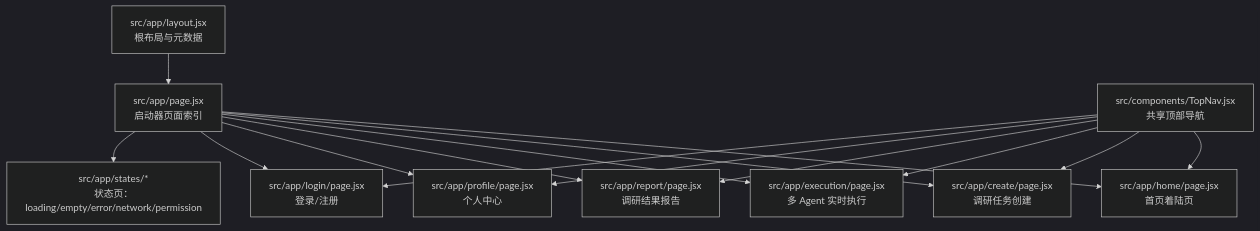
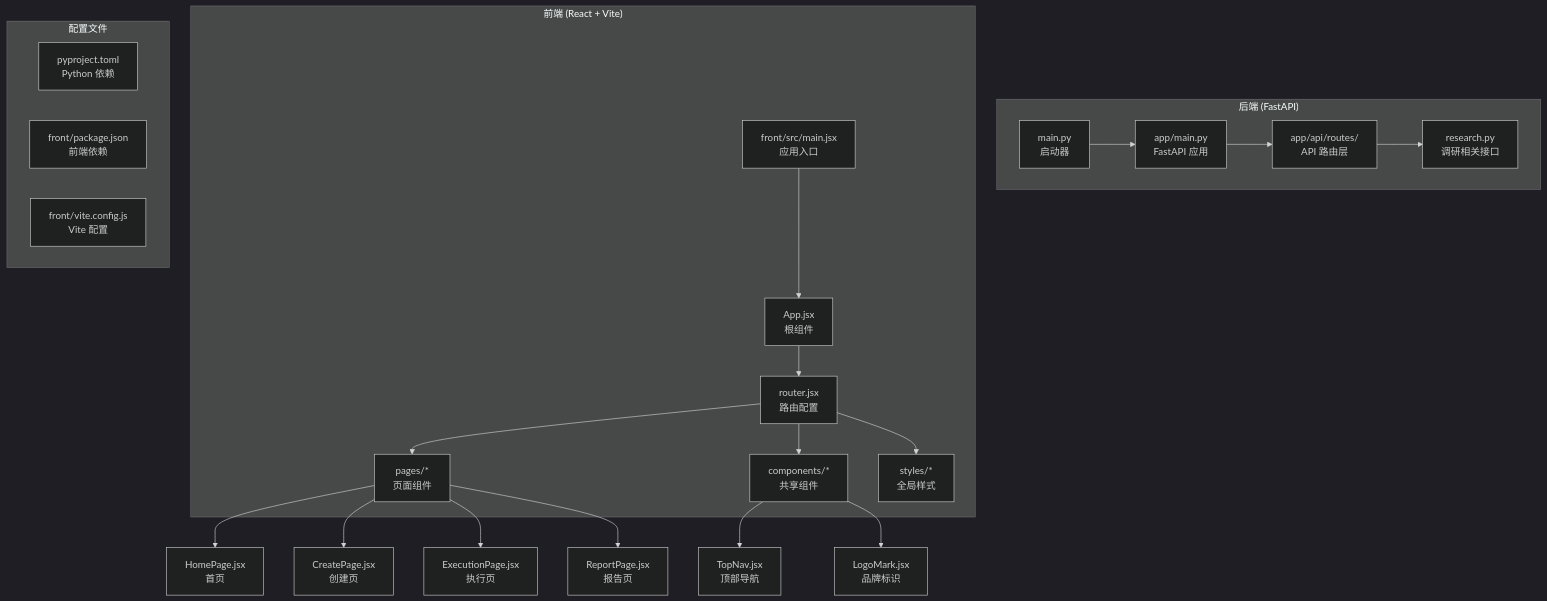
One commit to marvin9551/InsightMesh changed the first of 7 diagrams in .qoder/repowiki/zh/content/项目概述.md. Above: the diagram before and after it, drawn with Mermaid (dark theme). The commit also changed other lines of this file and 10 other files, not shown here.

````diff
--- a/.qoder/repowiki/zh/content/项目概述.md
+++ b/.qoder/repowiki/zh/content/项目概述.md
@@ -47,17 +53,26 @@
 ```mermaid
 graph TB
-A["src/app/layout.jsx<br/>根布局与元数据"] --> B["src/app/page.jsx<br/>启动器页面索引"]
-B --> C["src/app/home/page.jsx<br/>首页着陆页"]
-B --> D["src/app/create/page.jsx<br/>调研任务创建"]
-B --> E["src/app/execution/page.jsx<br/>多 Agent 实时执行"]
-B --> F["src/app/report/page.jsx<br/>调研结果报告"]
-B --> G["src/app/profile/page.jsx<br/>个人中心"]
-B --> H["src/app/login/page.jsx<br/>登录/注册"]
-B --> I["src/app/states/*<br/>状态页：loading/empty/error/network/permission"]
-J["src/components/TopNav.jsx<br/>共享顶部导航"] --> C
-J --> D
-J --> E
-J --> F
-J --> G
-J --> H
+subgraph "后端 (FastAPI)"
+A["main.py<br/>启动器"] --> B["app/main.py<br/>FastAPI 应用"]
+B --> C["app/api/routes/<br/>API 路由层"]
+C --> D["research.py<br/>调研相关接口"]
+end
+subgraph "前端 (React + Vite)"
+E["front/src/main.jsx<br/>应用入口"] --> F["App.jsx<br/>根组件"]
+F --> G["router.jsx<br/>路由配置"]
+G --> H["pages/*<br/>页面组件"]
+G --> I["components/*<br/>共享组件"]
+G --> J["styles/*<br/>全局样式"]
+end
+subgraph "配置文件"
+K["pyproject.toml<br/>Python 依赖"]
+L["front/package.json<br/>前端依赖"]
+M["front/vite.config.js<br/>Vite 配置"]
+end
+H --> H1["HomePage.jsx<br/>首页"]
+H --> H2["CreatePage.jsx<br/>创建页"]
+H --> H3["ExecutionPage.jsx<br/>执行页"]
+H --> H4["ReportPage.jsx<br/>报告页"]
+I --> I1["TopNav.jsx<br/>顶部导航"]
+I --> I2["LogoMark.jsx<br/>品牌标识"]
 ```
````
